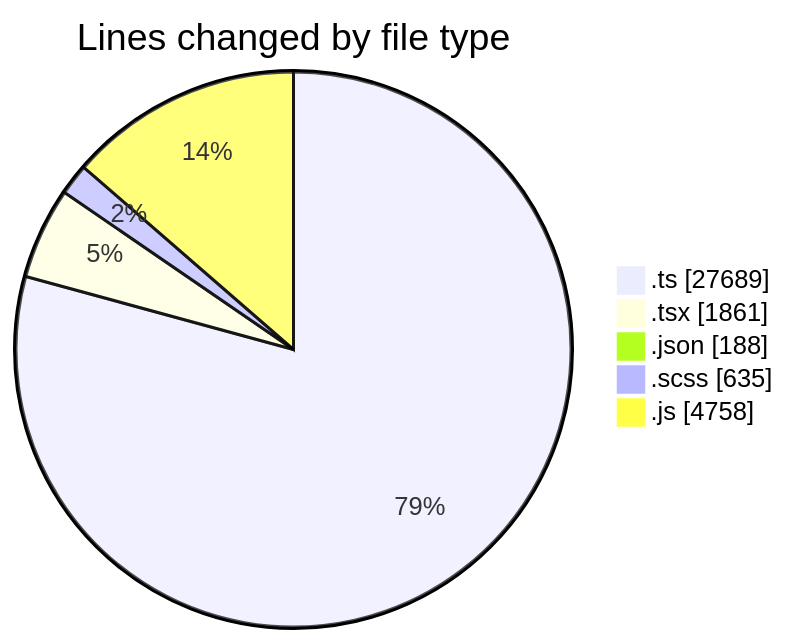
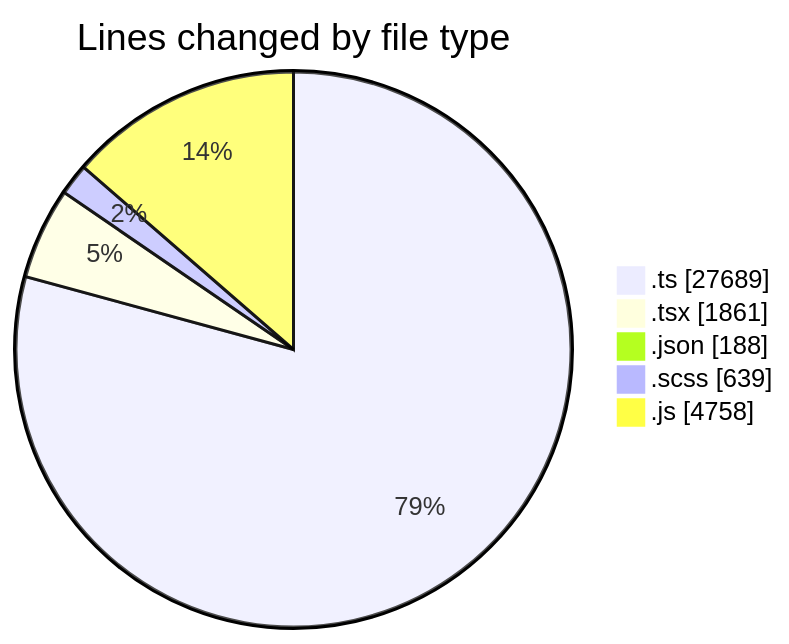
One commit to momahboobian/code-tracking changed the first of 2 diagrams in 2026-05-07/cda/README.md. Above: the diagram before and after it, drawn with Mermaid. The commit also changed other lines of this file and 1 other file, not shown here.

````diff
--- a/2026-05-07/cda/README.md
+++ b/2026-05-07/cda/README.md
@@ -46,9 +46,9 @@
 ```mermaid
 pie showData
 title Lines changed by file type
 ".ts" : 27689
 ".tsx" : 1861
 ".json" : 188
-".scss" : 635
+".scss" : 639
 ".js" : 4758
 ```
````
